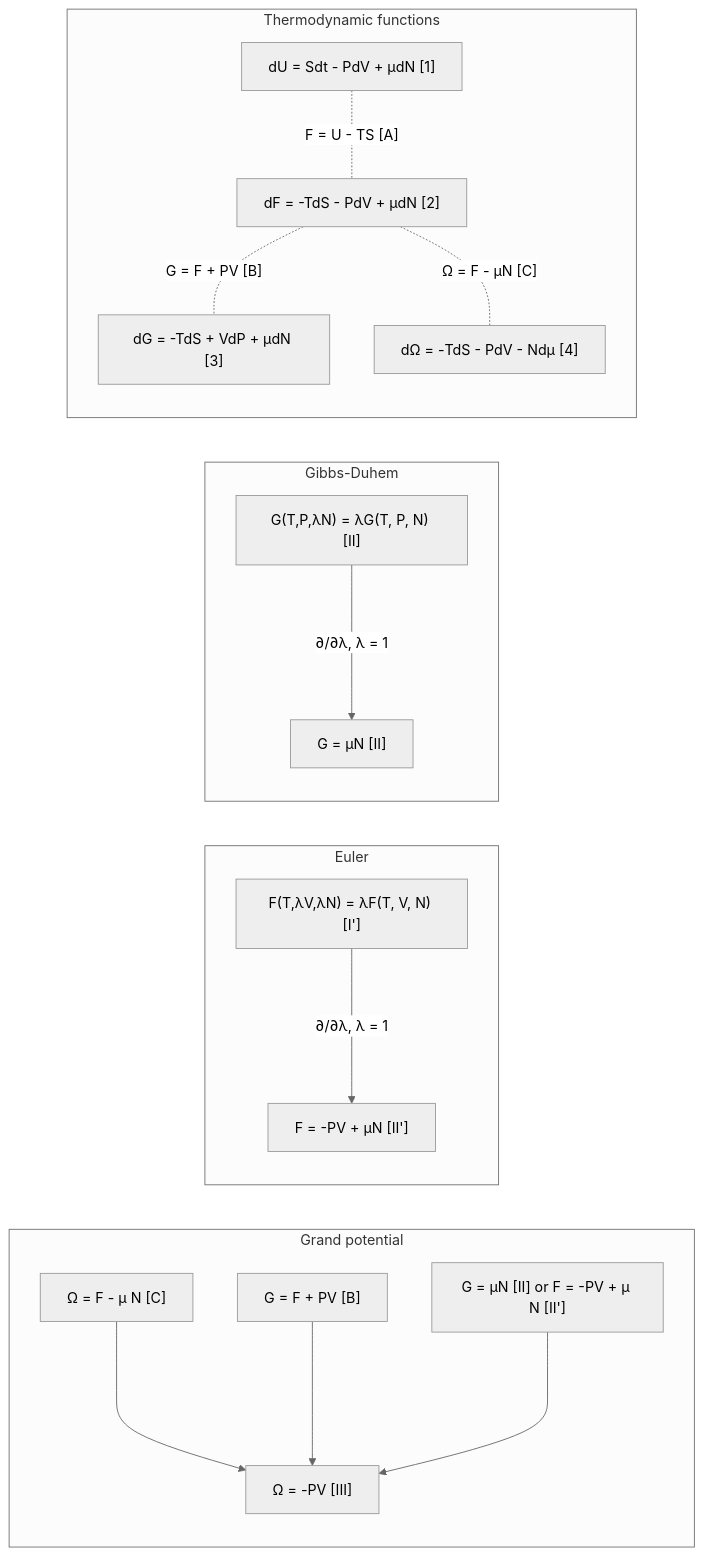
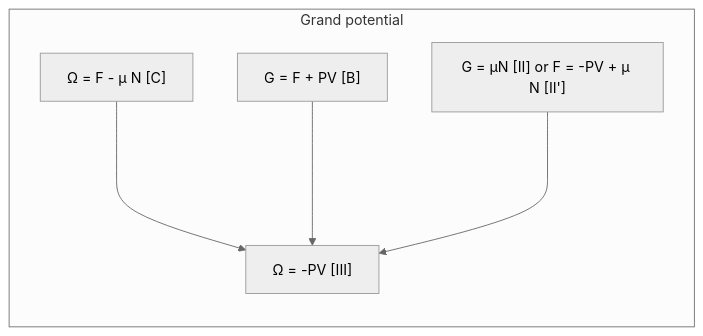
One commit to yamato97/science changed the second of 2 diagrams in thermodynamic_functions.md. Above: the diagram before and after it, drawn with Mermaid (neutral theme). The commit also changed other lines of this file and 1 other file, not shown here.

````diff
--- a/thermodynamic_functions.md
+++ b/thermodynamic_functions.md
@@ -13,19 +14,8 @@
 ```mermaid
 graph LR
 subgraph Grand potential
 EC["&Omega; = F - &mu; N [C]"]--->EIII["&Omega; = -PV [III]"]
 EB["G = F + PV [B]"]--->EIII
 EIIdash["G = &mu;N [II] or F = -PV + &mu; N [II']"]--->EIII
 end
-subgraph Euler
-EI'["F(T,&lambda;V,&lambda;N) = &lambda;F(T, V, N) [I']"]--->|"&part;/&part;&lambda;, &lambda; = 1"|EII'["F = -PV + &mu;N [II']"]
-end
-subgraph Gibbs-Duhem
-EI["G(T,P,&lambda;N) = &lambda;G(T, P, N) [II]"]--->|"&part;/&part;&lambda;, &lambda; = 1"|EII["G = &mu;N [II]"]
-end
-subgraph Thermodynamic functions
-E1["dU = Sdt - PdV + &mu;dN [1]"]-.-|"F = U - TS [A]"|E2["dF = -TdS - PdV + &mu;dN [2]"]
-E2-.-|"G = F + PV [B]"|E3["dG = -TdS + VdP + &mu;dN [3]"]
-E2-.-|"&Omega; = F - &mu;N [C]"|E4["d&Omega; = -TdS - PdV - Nd&mu; [4]"]
-end
 ```
````
